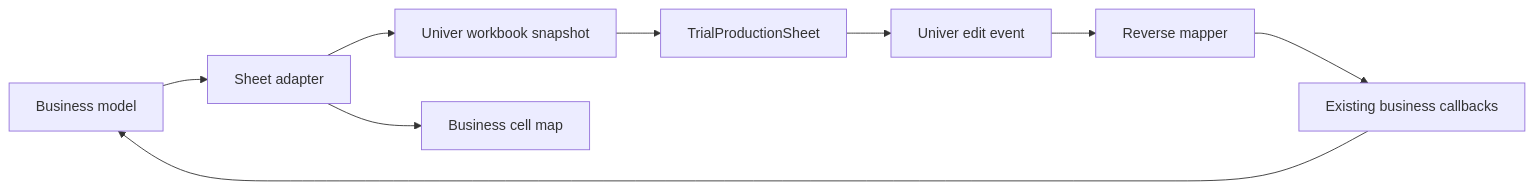
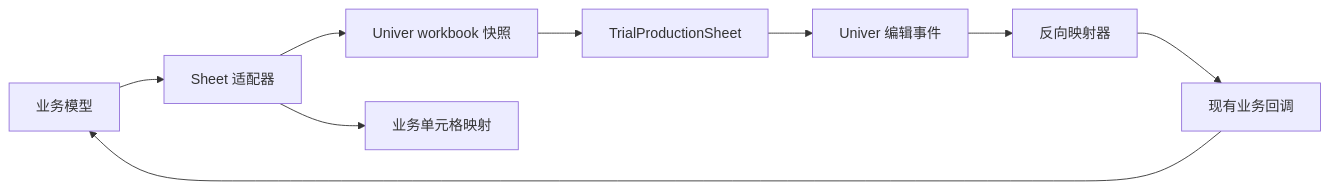
The second of 2 diagrams in docs/superpowers/specs/2026-06-09-electron-univer-product-design-handoff.md (tengjiaozhai/trial-production), drawn with Mermaid before and after one commit. The commit also changed other lines of this file and 86 other files, not shown here.

````diff
--- a/docs/superpowers/specs/2026-06-09-electron-univer-product-design-handoff.md
+++ b/docs/superpowers/specs/2026-06-09-electron-univer-product-design-handoff.md
@@ -73,11 +73,11 @@
 ```mermaid
 flowchart LR
-  A["Business model"] --> B["Sheet adapter"]
-  B --> C["Univer workbook snapshot"]
-  B --> D["Business cell map"]
+  A["业务模型"] --> B["Sheet 适配器"]
+  B --> C["Univer workbook 快照"]
+  B --> D["业务单元格映射"]
   C --> E["TrialProductionSheet"]
-  E --> F["Univer edit event"]
-  F --> G["Reverse mapper"]
-  G --> H["Existing business callbacks"]
+  E --> F["Univer 编辑事件"]
+  F --> G["反向映射器"]
+  G --> H["现有业务回调"]
   H --> A
 ```
````
